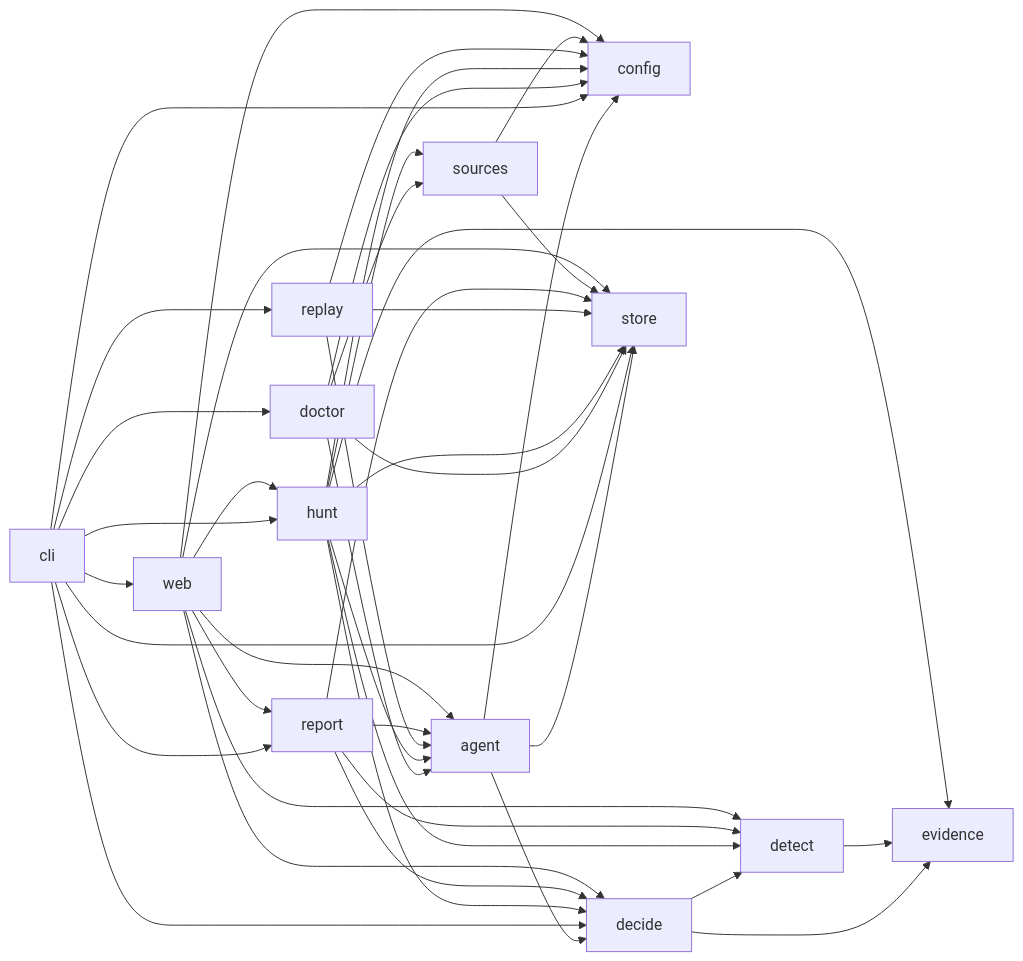
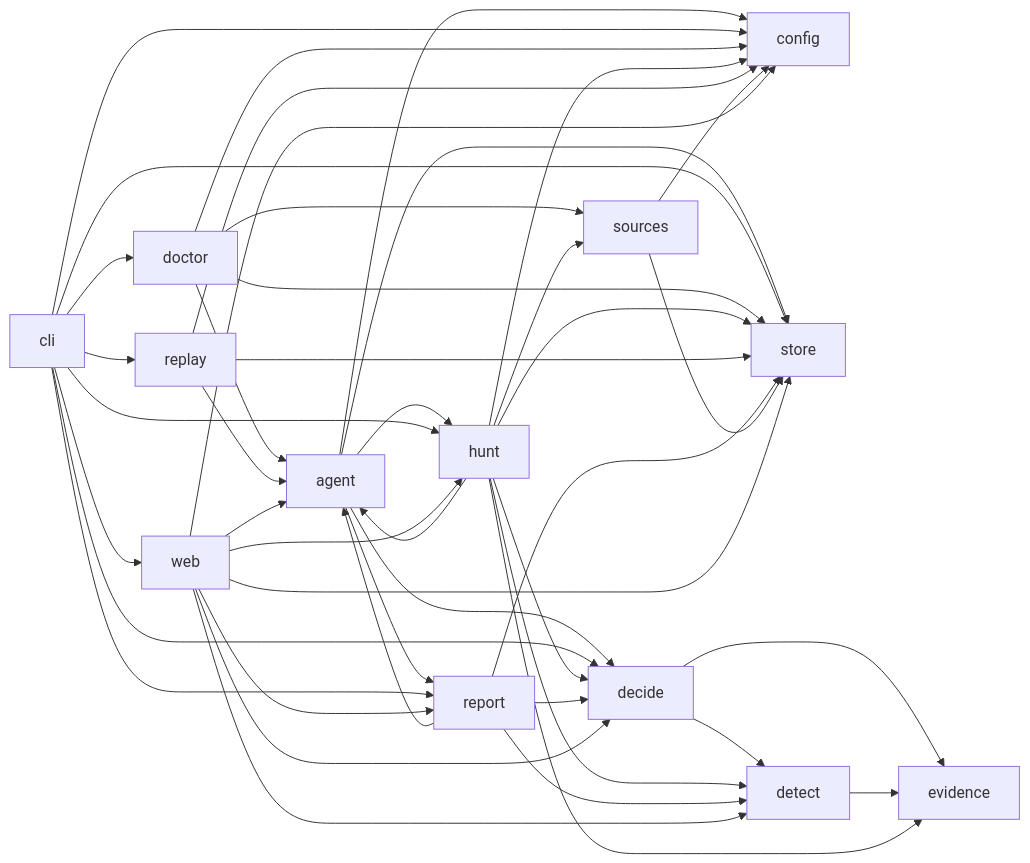
One commit to nickthabib-cloud/ROMULUS changed the diagram in docs/architecture/MODULE_MAP.md. Above: the diagram before and after it, drawn with Mermaid. The commit also changed other lines of this file and 2 other files, not shown here.

Commit message:
feat(agent): build deterministic paged dossier

````diff
--- a/docs/architecture/MODULE_MAP.md
+++ b/docs/architecture/MODULE_MAP.md
@@ -100,44 +101,46 @@
 ```mermaid
 graph LR
   agent --> config
   agent --> decide
+  agent --> hunt
+  agent --> report
   agent --> store
   cli --> config
   cli --> decide
   cli --> doctor
   cli --> hunt
   cli --> replay
   cli --> report
   cli --> store
   cli --> web
   decide --> detect
   decide --> evidence
   detect --> evidence
   doctor --> agent
   doctor --> config
   doctor --> sources
   doctor --> store
   hunt --> agent
   hunt --> config
   hunt --> decide
   hunt --> detect
   hunt --> evidence
   hunt --> sources
   hunt --> store
   replay --> agent
   replay --> config
   replay --> store
   report --> agent
   report --> decide
   report --> detect
   report --> store
   sources --> config
   sources --> store
   web --> agent
   web --> config
   web --> decide
   web --> detect
   web --> hunt
   web --> report
   web --> store
 ```
````
